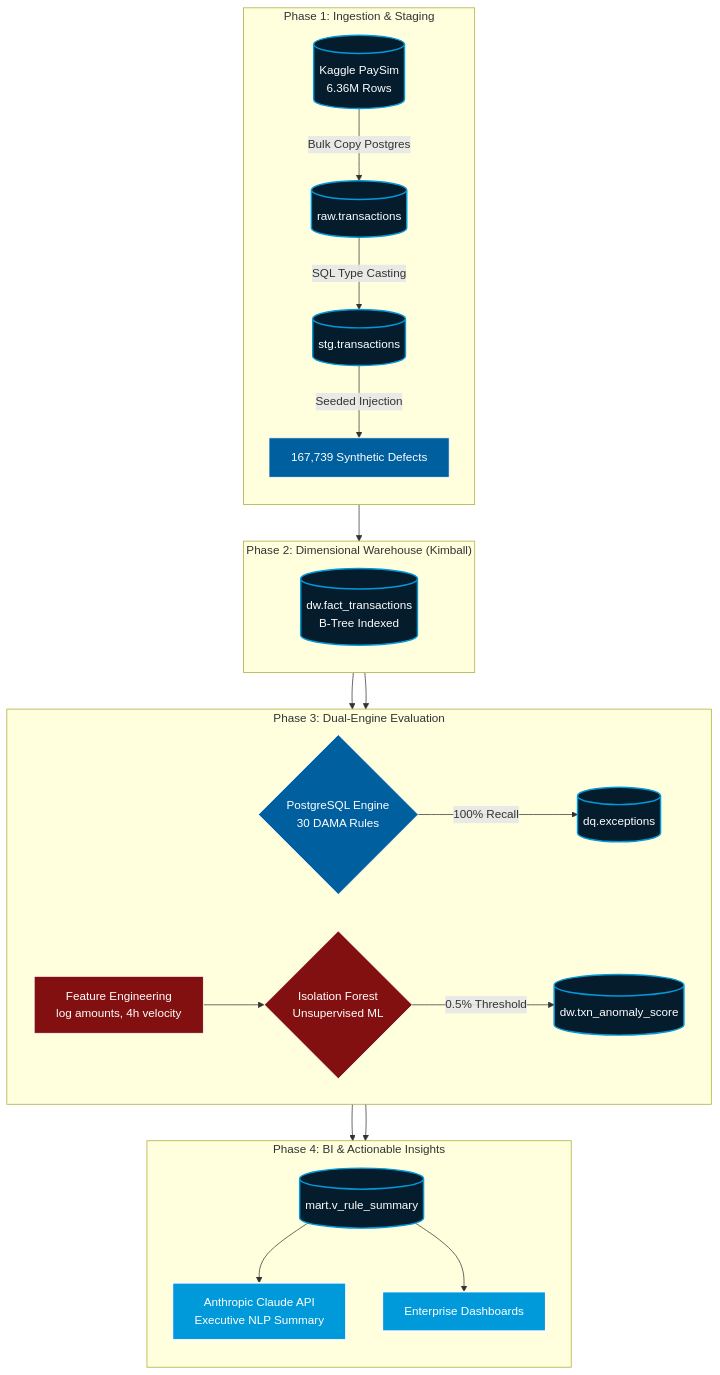
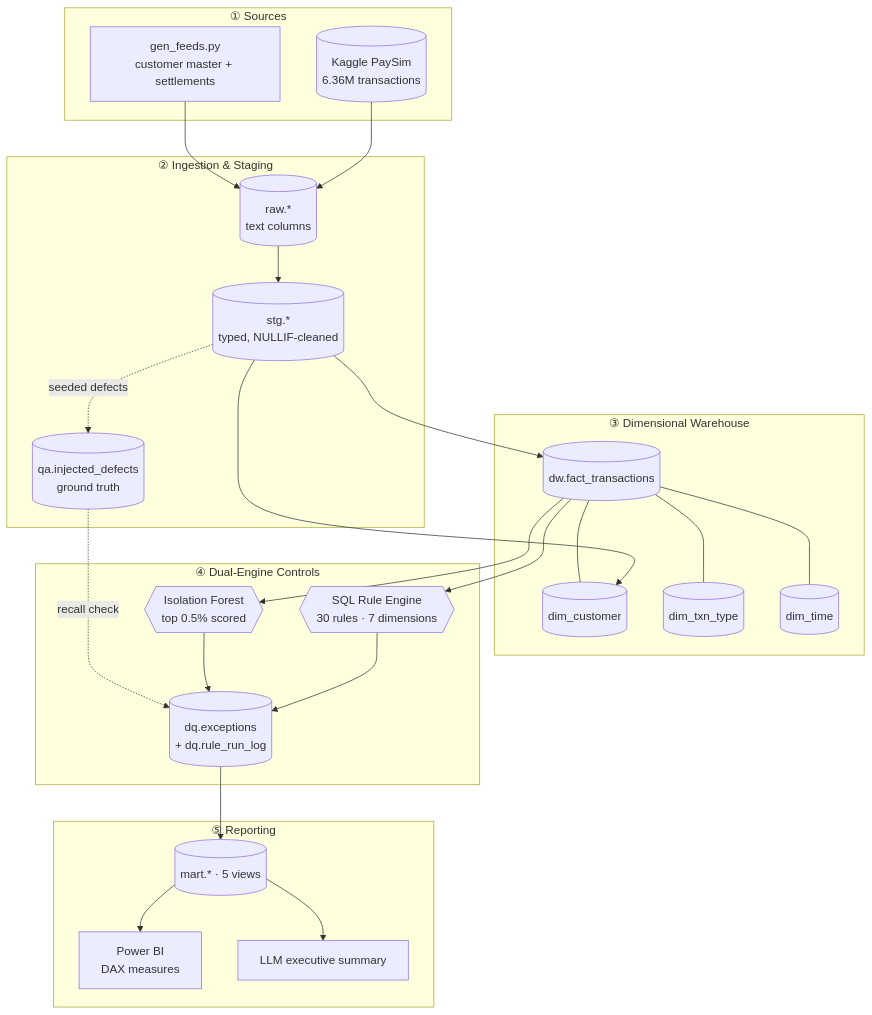
The first of 7 diagrams in README.md (aryanimbalkar03-lab/Bank-anamoly-detection), drawn with Mermaid before and after one commit. The commit also changed other lines of this file, not shown here.

````diff
--- a/README.md
+++ b/README.md
@@ -31,40 +77,48 @@
 ```mermaid
-flowchart TD
-    %% Define Styling
-    classDef db fill:#051c2c,stroke:#009ada,stroke-width:2px,color:#fff;
-    classDef process fill:#005f9e,stroke:#fff,stroke-width:1px,color:#fff;
-    classDef ml fill:#831010,stroke:#fff,stroke-width:1px,color:#fff;
-    classDef report fill:#009ada,stroke:#fff,stroke-width:2px,color:#fff;
-    
-    Kaggle[(Kaggle PaySim<br>6.36M Rows)]:::db
-    
-    subgraph Ingestion["Phase 1: Ingestion & Staging"]
-        direction TB
-        Kaggle -->|Bulk Copy Postgres| Raw[(raw.transactions)]:::db
-        Raw -->|SQL Type Casting| Stg[(stg.transactions)]:::db
-        Stg -->|Seeded Injection| Control[167,739 Synthetic Defects]:::process
+flowchart TB
+    subgraph SRC["① Sources"]
+        K[(Kaggle PaySim<br/>6.36M transactions)]
+        G[gen_feeds.py<br/>customer master + settlements]
     end
-    
-    subgraph DW["Phase 2: Dimensional Warehouse (Kimball)"]
-        direction TB
-        Control --> Fact[(dw.fact_transactions<br>B-Tree Indexed)]:::db
+
+    subgraph ING["② Ingestion & Staging"]
+        R[(raw.*<br/>text columns)]
+        S[(stg.*<br/>typed, NULLIF-cleaned)]
+        Q[(qa.injected_defects<br/>ground truth)]
     end
-    
-    subgraph Auditing["Phase 3: Dual-Engine Evaluation"]
-        direction LR
-        Fact --> DQ{PostgreSQL Engine<br>30 DAMA Rules}:::process
-        DQ -->|100% Recall| DQExceptions[(dq.exceptions)]:::db
-        
-        Fact --> Feat[Feature Engineering<br>log amounts, 4h velocity]:::ml
-        Feat --> ML{Isolation Forest<br>Unsupervised ML}:::ml
-        ML -->|0.5% Threshold| MLAnomalies[(dw.txn_anomaly_score)]:::db
+
+    subgraph DW["③ Dimensional Warehouse"]
+        F[(dw.fact_transactions)]
+        D1[(dim_customer)]
+        D2[(dim_txn_type)]
+        D3[(dim_time)]
     end
-    
-    subgraph BI["Phase 4: BI & Actionable Insights"]
-        direction TB
-        DQExceptions --> Marts[(mart.v_rule_summary)]:::db
-        MLAnomalies --> Marts
-        Marts --> LLM[Anthropic Claude API<br>Executive NLP Summary]:::report
-        Marts --> Viz[Enterprise Dashboards]:::report
+
+    subgraph CTRL["④ Dual-Engine Controls"]
+        RE{{SQL Rule Engine<br/>30 rules · 7 dimensions}}
+        ML{{Isolation Forest<br/>top 0.5% scored}}
+        EX[(dq.exceptions<br/>+ dq.rule_run_log)]
     end
+
+    subgraph OUT["⑤ Reporting"]
+        M[(mart.* · 5 views)]
+        PBI[Power BI<br/>DAX measures]
+        LLM[LLM executive summary]
+    end
+
+    K --> R
+    G --> R
+    R --> S
+    S -. seeded defects .-> Q
+    S --> F
+    S --> D1
+    F --- D1
+    F --- D2
+    F --- D3
+    F --> RE --> EX
+    F --> ML --> EX
+    Q -. recall check .-> EX
+    EX --> M
+    M --> PBI
+    M --> LLM
 ```
````
